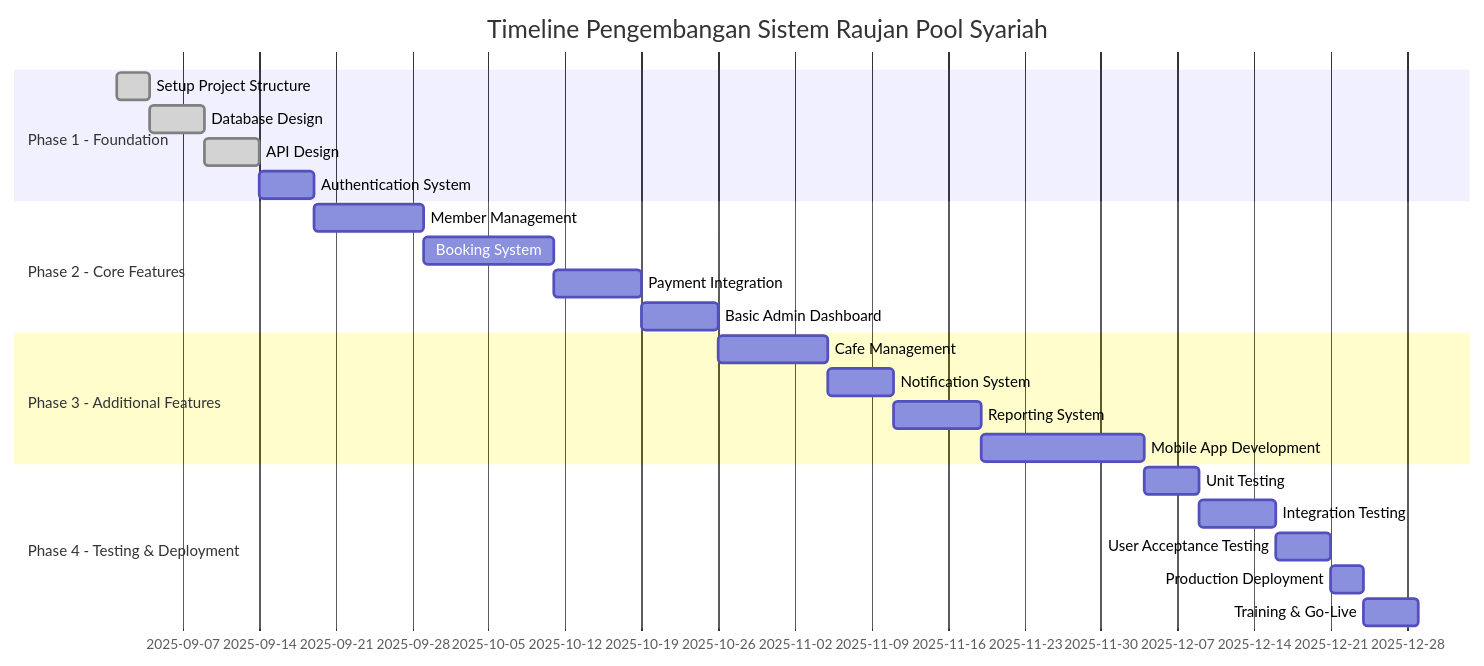
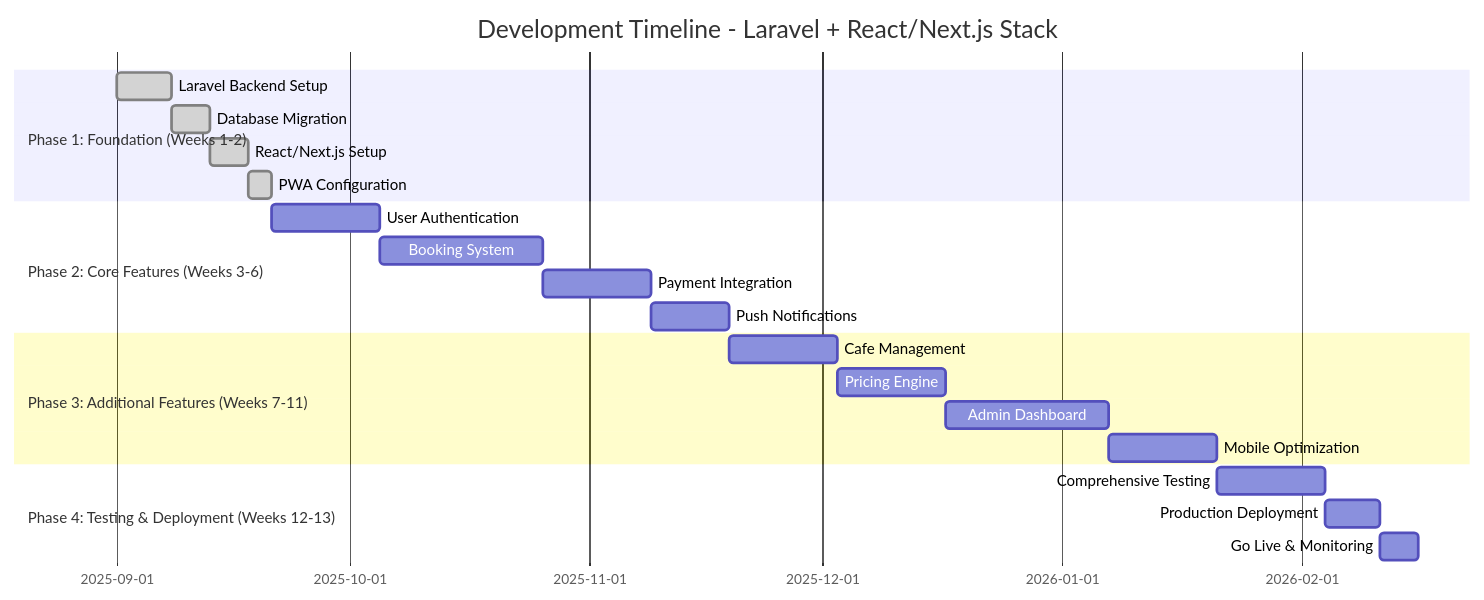
The first of 2 diagrams in Planing/08-implementasi-testing.md (BlackCoffeee/raujan_pool), drawn with Mermaid before and after one commit. The commit also changed other lines of this file and 4 other files, not shown here.

Commit message:
Update system documentation to include Guest Booking System, Google SSO Integration, and Mobile-First Web Application features, enhancing the overall functionality and user experience for Raujan Pool Syariah management system.

````diff
--- a/Planing/08-implementasi-testing.md
+++ b/Planing/08-implementasi-testing.md
@@ -7,29 +7,27 @@
 ```mermaid
 gantt
-    title Timeline Pengembangan Sistem Raujan Pool Syariah
+    title Development Timeline - Laravel + React/Next.js Stack
     dateFormat  YYYY-MM-DD
-    section Phase 1 - Foundation
-    Setup Project Structure    :done, setup, 2025-09-01, 3d
-    Database Design           :done, db, 2025-09-04, 5d
-    API Design                :done, api, 2025-09-09, 5d
-    Authentication System     :auth, 2025-09-14, 5d
+    section Phase 1: Foundation (Weeks 1-2)
+    Laravel Backend Setup    :done, laravel_setup, 2025-09-01, 7d
+    Database Migration       :done, db_migration, 2025-09-08, 5d
+    React/Next.js Setup      :done, frontend_setup, 2025-09-13, 5d
+    PWA Configuration        :done, pwa_config, 2025-09-18, 3d
 
-    section Phase 2 - Core Features
-    Member Management         :member, 2025-09-19, 10d
-    Booking System           :booking, 2025-09-29, 12d
-    Payment Integration      :payment, 2025-10-11, 8d
-    Basic Admin Dashboard    :admin, 2025-10-19, 7d
+    section Phase 2: Core Features (Weeks 3-6)
+    User Authentication      :auth_system, 2025-09-21, 14d
+    Booking System           :booking_system, 2025-10-05, 21d
+    Payment Integration      :payment_system, 2025-10-26, 14d
+    Push Notifications       :push_notifications, 2025-11-09, 10d
 
-    section Phase 3 - Additional Features
-    Cafe Management          :cafe, 2025-10-26, 10d
-    Notification System      :notif, 2025-11-05, 6d
-    Reporting System         :report, 2025-11-11, 8d
-    Mobile App Development   :mobile, 2025-11-19, 15d
+    section Phase 3: Additional Features (Weeks 7-11)
+    Cafe Management          :cafe_system, 2025-11-19, 14d
+    Pricing Engine           :pricing_engine, 2025-12-03, 14d
+    Admin Dashboard          :admin_dashboard, 2025-12-17, 21d
+    Mobile Optimization      :mobile_optimization, 2026-01-07, 14d
 
-    section Phase 4 - Testing & Deployment
-    Unit Testing            :unit, 2025-12-04, 5d
-    Integration Testing     :integration, 2025-12-09, 7d
-    User Acceptance Testing :uat, 2025-12-16, 5d
-    Production Deployment   :deploy, 2025-12-21, 3d
-    Training & Go-Live      :training, 2025-12-24, 5d
+    section Phase 4: Testing & Deployment (Weeks 12-13)
+    Comprehensive Testing    :testing, 2026-01-21, 14d
+    Production Deployment    :deployment, 2026-02-04, 7d
+    Go Live & Monitoring     :go_live, 2026-02-11, 5d
 ```
````
